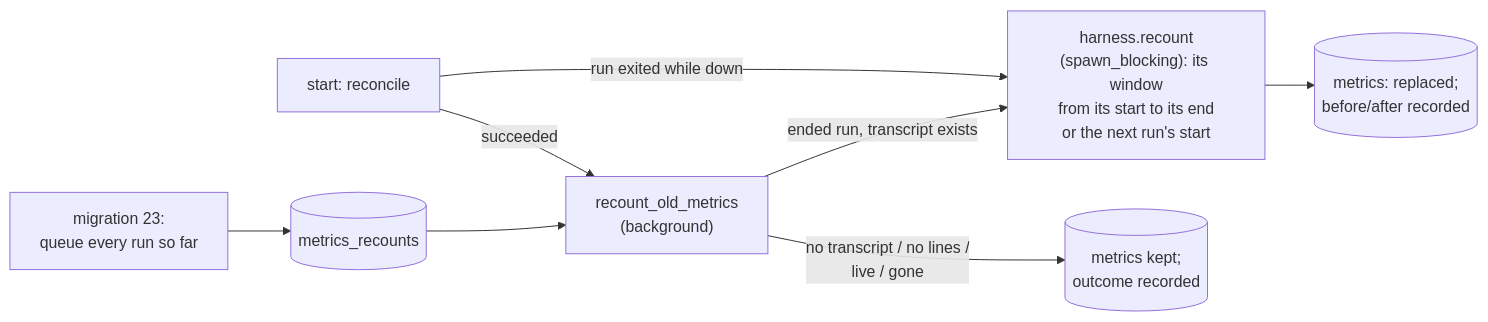
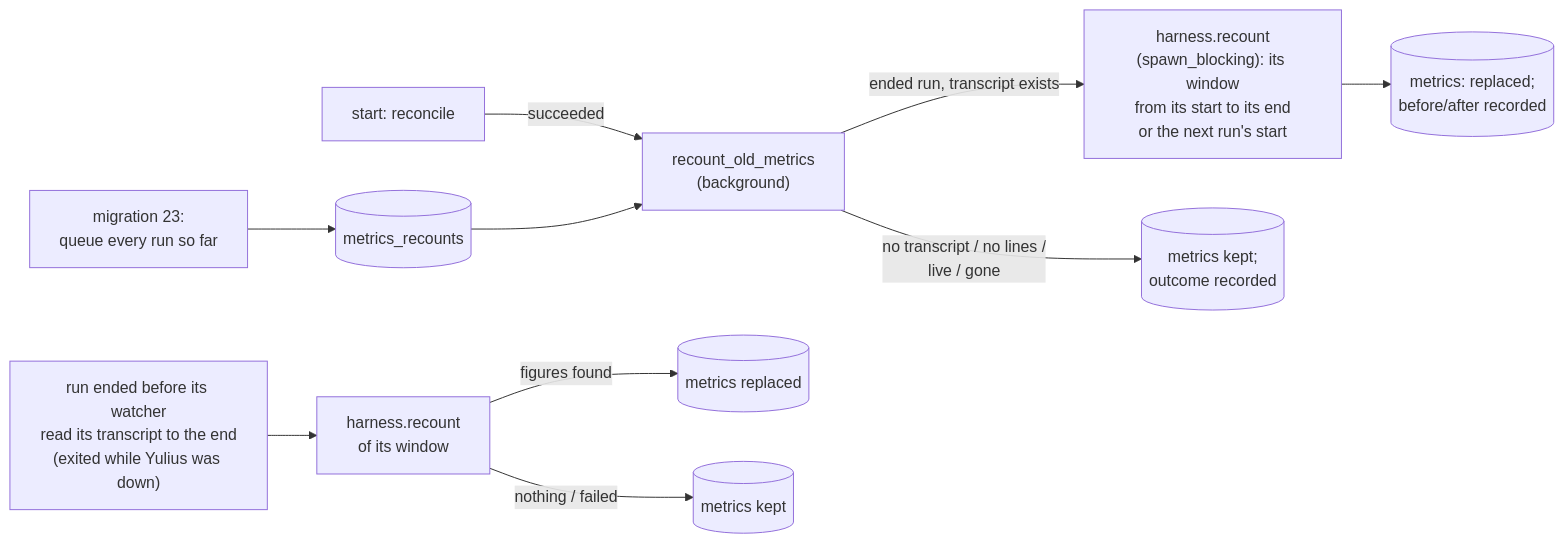
One commit to Quartio-Studio/yulius changed diagram 25 of 30 in docs/architecture.md. Above: the diagram before and after it, drawn with Mermaid. The commit also changed other lines of this file and 6 other files, not shown here.

First line of the commit message:
fix(supervisor): count a run its watcher has not read to the end (review round 1)

````diff
--- a/docs/architecture.md
+++ b/docs/architecture.md
@@ -787,18 +788,23 @@
 ```mermaid
 flowchart LR
     mig["migration 23:
 queue every run so far"] --> queue[("metrics_recounts")]
     start["start: reconcile"] -->|"succeeded"| job["recount_old_metrics
 (background)"]
-    start -->|"run exited while down"| count
+    ended["run ended before its watcher
+read its transcript to the end
+(exited while Yulius was down)"] --> rcount["harness.recount
+of its window"]
+    rcount -->|"figures found"| rput[("metrics replaced")]
+    rcount -->|"nothing / failed"| rkeep[("metrics kept")]
     queue --> job
     job -->|"ended run, transcript exists"| count["harness.recount
 (spawn_blocking): its window
 from its start to its end
 or the next run's start"]
     count --> put[("metrics: replaced;
 before/after recorded")]
     job -->|"no transcript / no lines /
 live / gone"| keep[("metrics kept;
 outcome recorded")]
 ```
````
